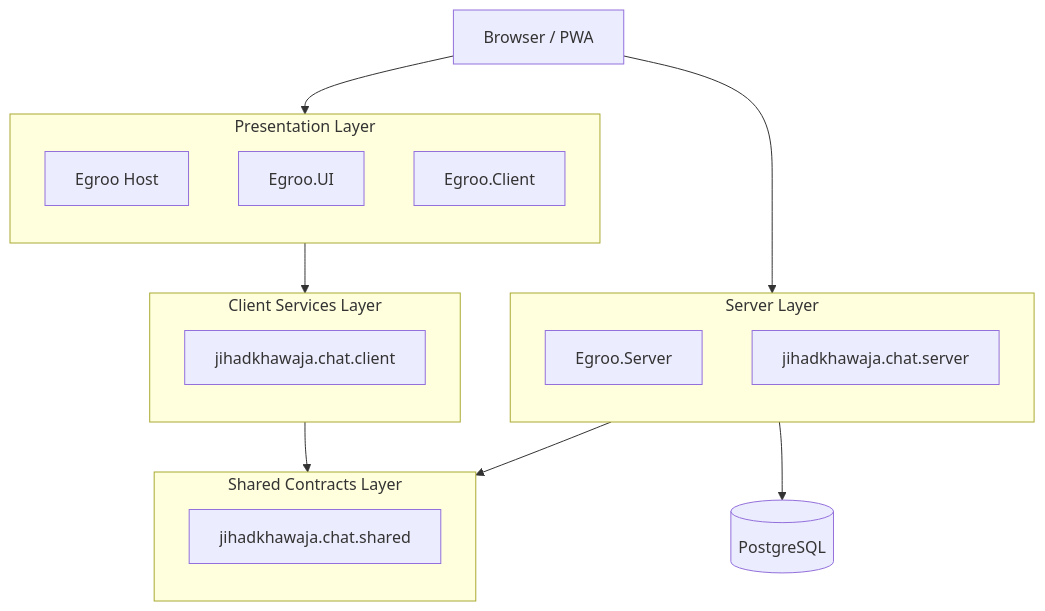
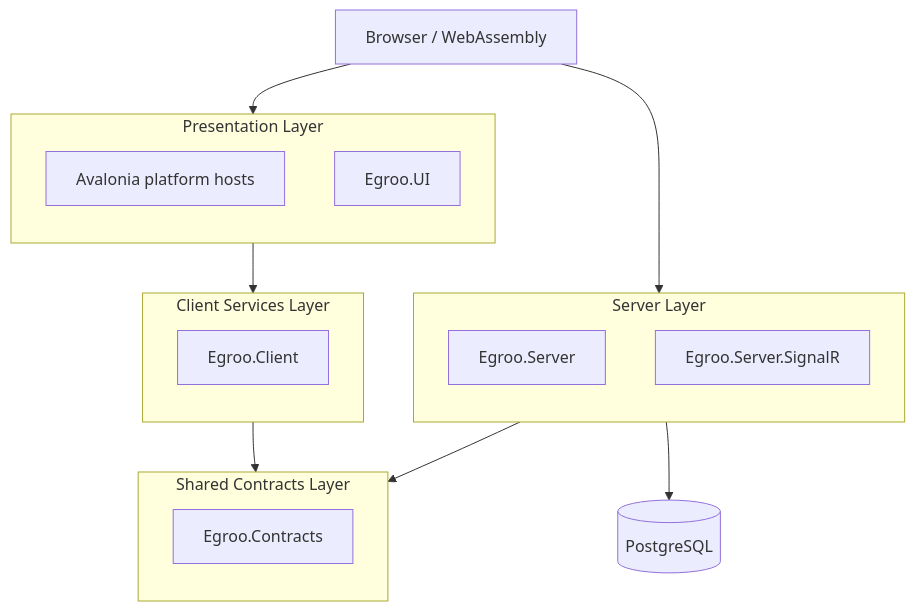
Before and after one commit to jihadkhawaja/Egroo: the first of 5 diagrams in wiki/Architecture.md, drawn with Mermaid. The commit also changed other lines of this file and 265 other files, not shown here.

````diff
--- a/wiki/Architecture.md
+++ b/wiki/Architecture.md
@@ -7,35 +7,34 @@
 ```mermaid
 flowchart TD
-    Browser["Browser / PWA"]
+    Browser["Browser / WebAssembly"]
     Db[("PostgreSQL")]
 
     subgraph PresentationLayer["Presentation Layer"]
         direction TB
-        Host["Egroo Host"]
+        Host["Avalonia platform hosts"]
         UI["Egroo.UI"]
-        Client["Egroo.Client"]
     end
 
     subgraph ClientServicesLayer["Client Services Layer"]
         direction TB
-        ChatClient["jihadkhawaja.chat.client"]
+        ChatClient["Egroo.Client"]
     end
 
     subgraph ServerLayer["Server Layer"]
         direction TB
         Api["Egroo.Server"]
-        ChatServer["jihadkhawaja.chat.server"]
+        ChatServer["Egroo.Server.SignalR"]
     end
 
     subgraph SharedLayer["Shared Contracts Layer"]
         direction TB
-        Shared["jihadkhawaja.chat.shared"]
+        Shared["Egroo.Contracts"]
     end
 
     Browser --> PresentationLayer
     Browser --> ServerLayer
     PresentationLayer --> ClientServicesLayer
     ClientServicesLayer --> SharedLayer
     ServerLayer --> SharedLayer
     ServerLayer --> Db
 ```
````
